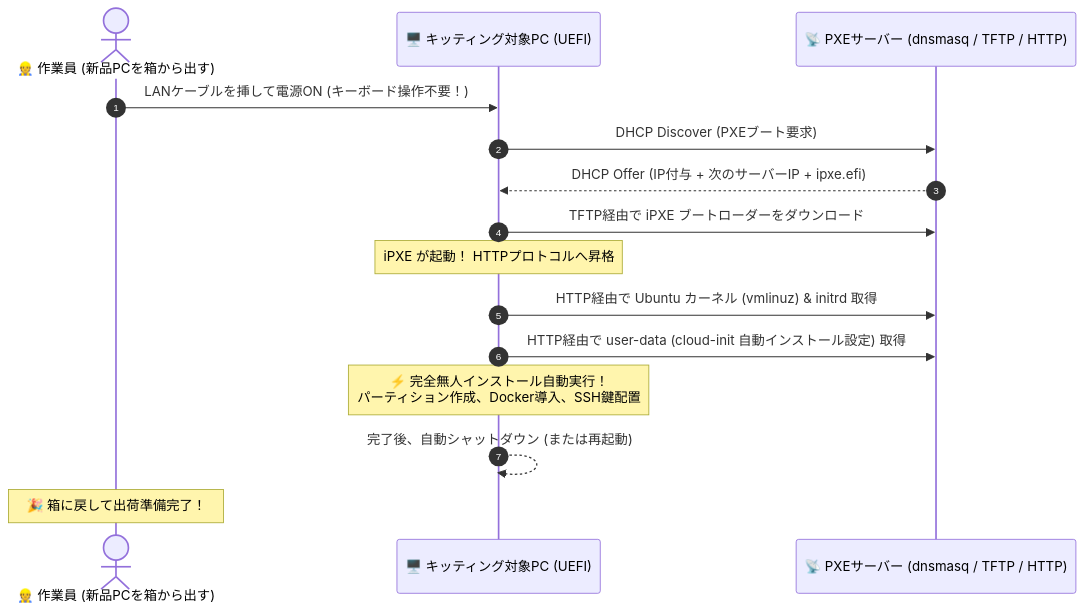
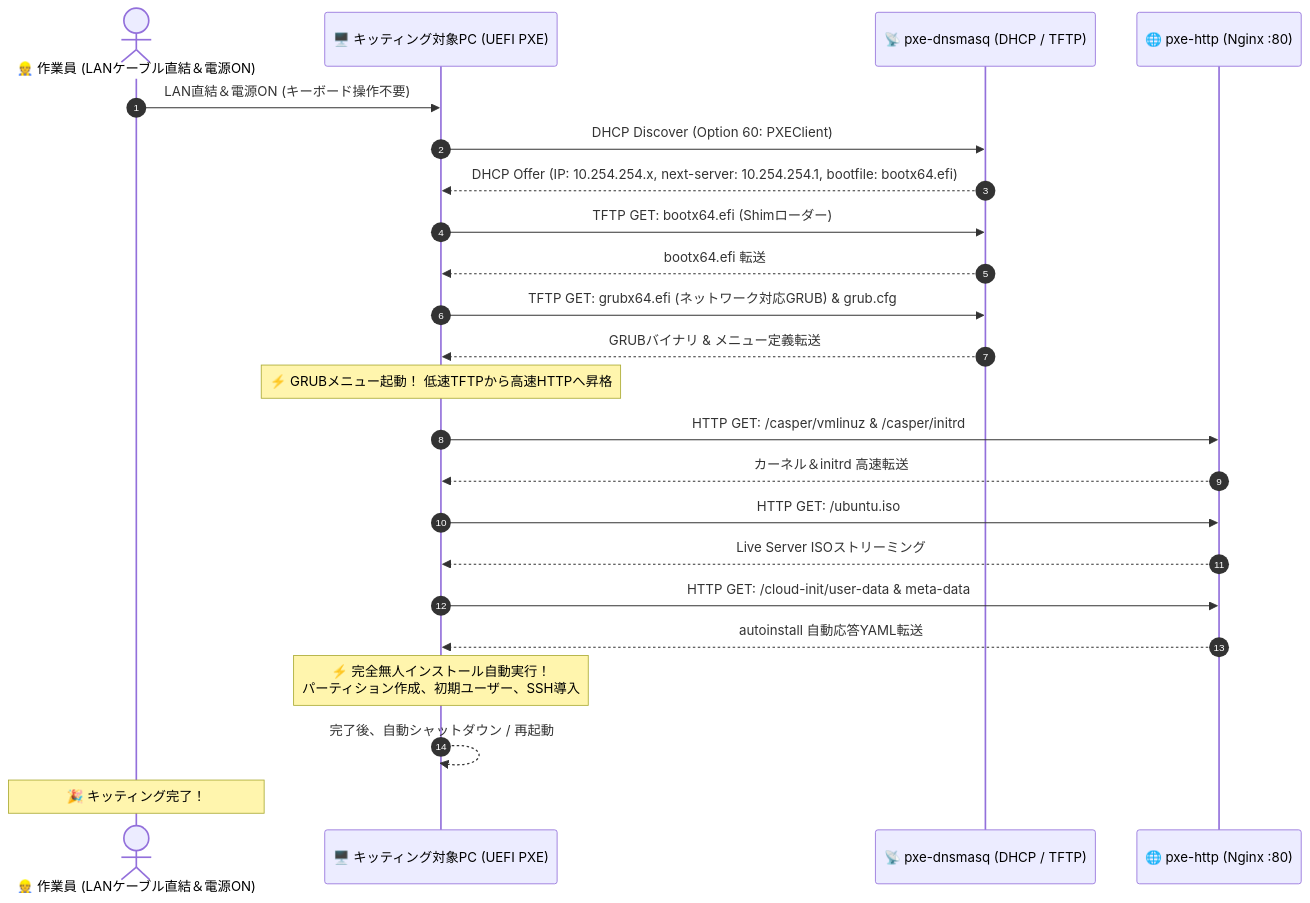
The diagram in QIITA_ARTICLE_DETAIL_44.md (ojisantech/ojisan-arsenal), drawn with Mermaid before and after one commit. The commit also changed other lines of this file, not shown here.

````diff
--- a/QIITA_ARTICLE_DETAIL_44.md
+++ b/QIITA_ARTICLE_DETAIL_44.md
@@ -61,21 +37,29 @@
 ```mermaid
 sequenceDiagram
     autonumber
-    actor Tech as 👷 作業員 (新品PCを箱から出す)
-    participant Client as 🖥️ キッティング対象PC (UEFI)
-    participant PXE as 📡 PXEサーバー (dnsmasq / TFTP / HTTP)
+    actor Tech as 👷 作業員 (LANケーブル直結＆電源ON)
+    participant Client as 🖥️ キッティング対象PC (UEFI PXE)
+    participant DNS as 📡 pxe-dnsmasq (DHCP / TFTP)
+    participant HTTP as 🌐 pxe-http (Nginx :80)
 
-    Tech->>Client: LANケーブルを挿して電源ON (キーボード操作不要！)
-    Client->>PXE: DHCP Discover (PXEブート要求)
-    PXE-->>Client: DHCP Offer (IP付与 + 次のサーバーIP + ipxe.efi)
-
-    Client->>PXE: TFTP経由で iPXE ブートローダーをダウンロード
-    Note over Client: iPXE が起動！ HTTPプロトコルへ昇格
-
-    Client->>PXE: HTTP経由で Ubuntu カーネル (vmlinuz) & initrd 取得
-    Client->>PXE: HTTP経由で user-data (cloud-init 自動インストール設定) 取得
-
-    Note over Client: ⚡ 完全無人インストール自動実行！<br/>パーティション作成、Docker導入、SSH鍵配置
-    Client-->>Client: 完了後、自動シャットダウン (または再起動)
-    Note over Tech: 🎉 箱に戻して出荷準備完了！
+    Tech->>Client: LAN直結＆電源ON (キーボード操作不要)
+    Client->>DNS: DHCP Discover (Option 60: PXEClient)
+    DNS-->>Client: DHCP Offer (IP: 10.254.254.x, next-server: 10.254.254.1, bootfile: bootx64.efi)
+    
+    Client->>DNS: TFTP GET: bootx64.efi (Shimローダー)
+    DNS-->>Client: bootx64.efi 転送
+    Client->>DNS: TFTP GET: grubx64.efi (ネットワーク対応GRUB) & grub.cfg
+    DNS-->>Client: GRUBバイナリ & メニュー定義転送
+    
+    Note over Client: ⚡ GRUBメニュー起動！ 低速TFTPから高速HTTPへ昇格
+    Client->>HTTP: HTTP GET: /casper/vmlinuz & /casper/initrd
+    HTTP-->>Client: カーネル＆initrd 高速転送
+    Client->>HTTP: HTTP GET: /ubuntu.iso
+    HTTP-->>Client: Live Server ISOストリーミング
+    Client->>HTTP: HTTP GET: /cloud-init/user-data & meta-data
+    HTTP-->>Client: autoinstall 自動応答YAML転送
+    
+    Note over Client: ⚡ 完全無人インストール自動実行！<br/>パーティション作成、初期ユーザー、SSH導入
+    Client-->>Client: 完了後、自動シャットダウン / 再起動
+    Note over Tech: 🎉 キッティング完了！
 ```
````
